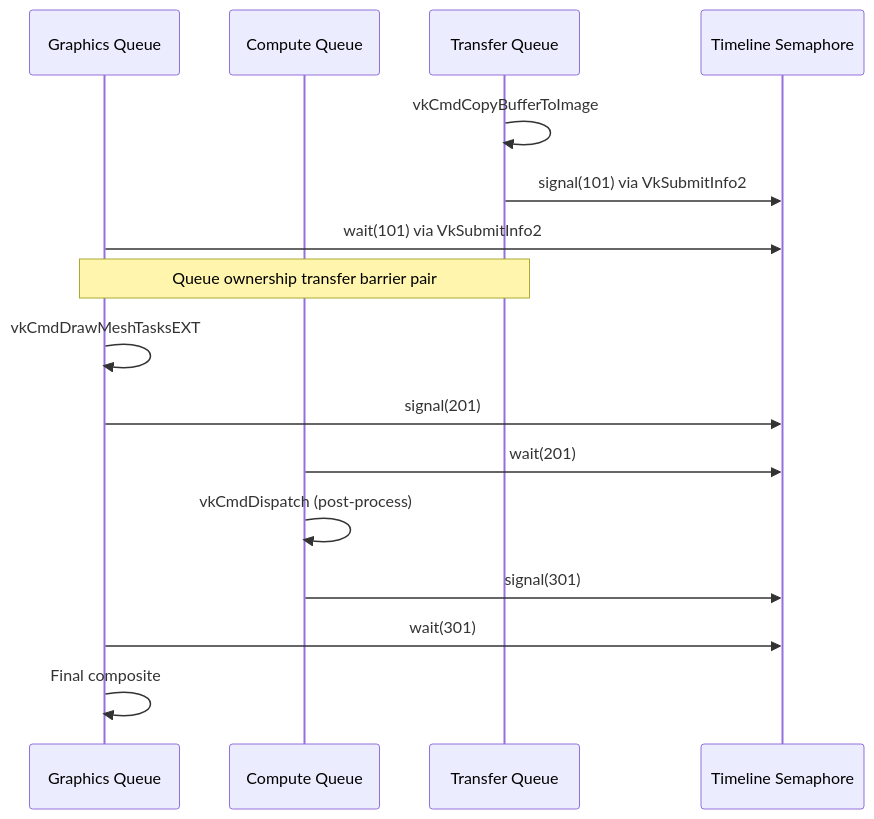
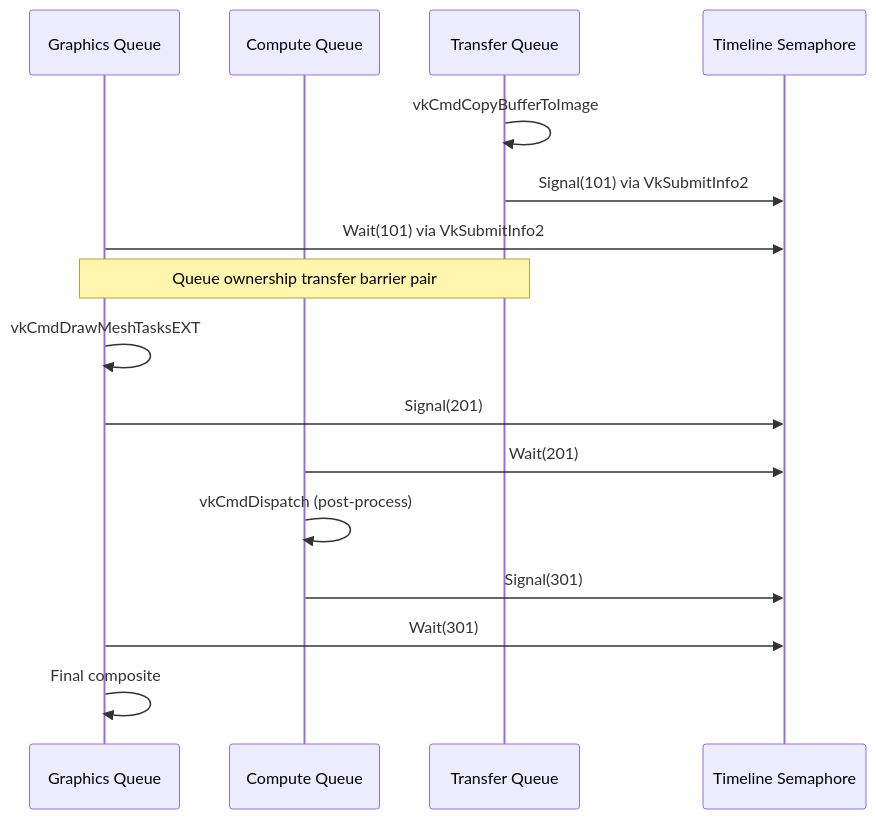
The second of 3 diagrams in docs/design/gpu-backend-vulkan.md (harmonius-dev/harmonius), drawn with Mermaid before and after one commit. The commit also changed other lines of this file and 67 other files, not shown here.

````diff
--- a/docs/design/gpu-backend-vulkan.md
+++ b/docs/design/gpu-backend-vulkan.md
@@ -669,19 +669,19 @@
 ```mermaid
 sequenceDiagram
     participant GFX as Graphics Queue
     participant AC as Compute Queue
     participant TX as Transfer Queue
     participant TS as Timeline Semaphore
 
     TX->>TX: vkCmdCopyBufferToImage
-    TX->>TS: signal(101) via VkSubmitInfo2
-    GFX->>TS: wait(101) via VkSubmitInfo2
+    TX->>TS: Signal(101) via VkSubmitInfo2
+    GFX->>TS: Wait(101) via VkSubmitInfo2
     Note over TX,GFX: Queue ownership transfer barrier pair
     GFX->>GFX: vkCmdDrawMeshTasksEXT
-    GFX->>TS: signal(201)
-    AC->>TS: wait(201)
+    GFX->>TS: Signal(201)
+    AC->>TS: Wait(201)
     AC->>AC: vkCmdDispatch (post-process)
-    AC->>TS: signal(301)
-    GFX->>TS: wait(301)
+    AC->>TS: Signal(301)
+    GFX->>TS: Wait(301)
     GFX->>GFX: Final composite
 ```
````
